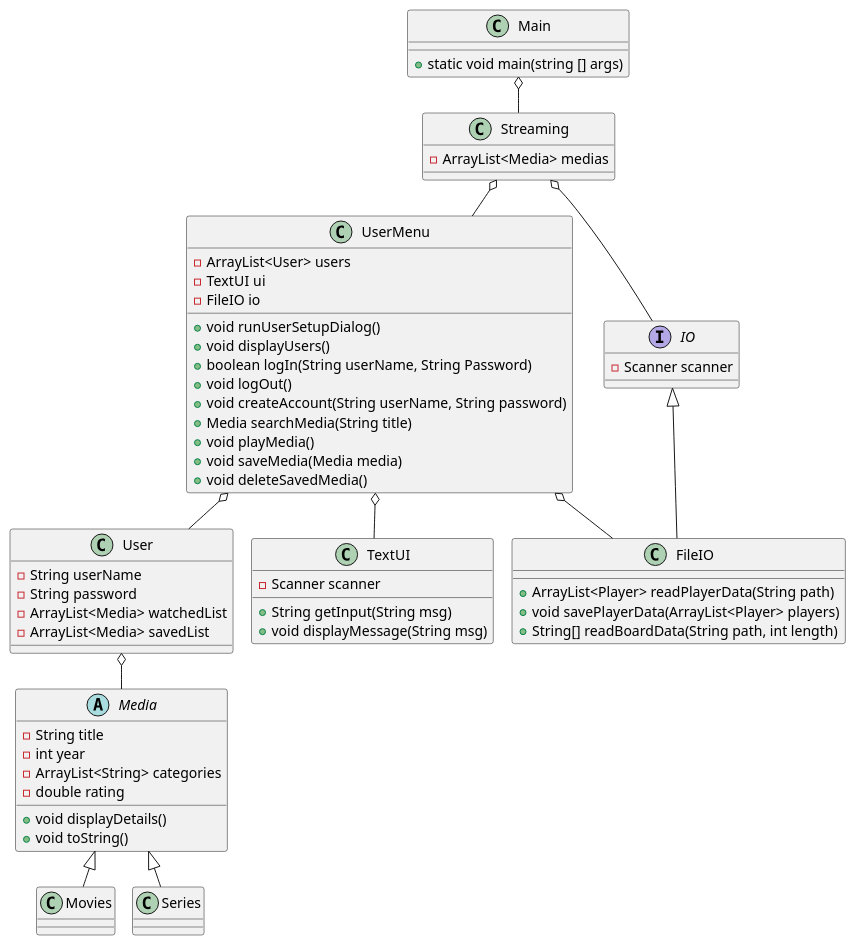
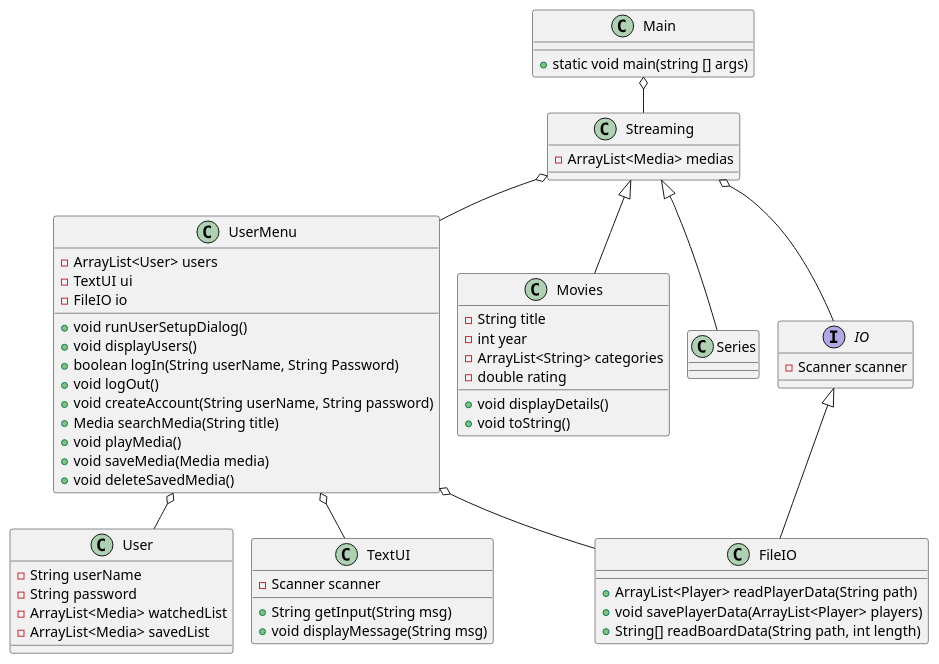
One commit to Zeudiac/SP3 changed the diagram in SP3/doc/ClassDiagram.puml. Above: the diagram before and after it, drawn with PlantUML. The commit also changed 9 other files, not shown here.

```diff
--- a/SP3/doc/ClassDiagram.puml
+++ b/SP3/doc/ClassDiagram.puml
@@ -1,85 +1,84 @@
 @startuml
 !pragma layout smetana
 
 class UserMenu
-abstract class Media
 class Movies
 class Series
 class User
 class Main
 class FileIO
 class TextUI
 class Streaming
 Interface IO
 
 Main o-- Streaming
 Streaming o-- UserMenu
 UserMenu o-- User
 
 UserMenu o-- TextUI
 Streaming o-- IO
 IO <|-- FileIO
 UserMenu o-- FileIO
 
-User o-- Media
 
-Media <|-- Movies
-Media <|-- Series
+
+Streaming <|-- Movies
+Streaming <|-- Series
 
 class Streaming{
   - ArrayList<Media> medias
 }
 
 Interface IO{
 - Scanner scanner
 }
 
 class Main{
   + static void main(string [] args)
 }
 
 class TextUI{
   + String getInput(String msg)
   - Scanner scanner
   + void displayMessage(String msg)
 }
 
 class FileIO{
   + ArrayList<Player> readPlayerData(String path)
   + void savePlayerData(ArrayList<Player> players)
   + String[] readBoardData(String path, int length)
 }
 
 class UserMenu{
   - ArrayList<User> users
   - TextUI ui
   - FileIO io
   + void runUserSetupDialog()
   + void displayUsers()
   + boolean logIn(String userName, String Password)
   + void logOut()
   + void createAccount(String userName, String password)
   + Media searchMedia(String title)
   + void playMedia()
   + void saveMedia(Media media)
   + void deleteSavedMedia()
 }
 
 class User {
   - String userName
   - String password
   - ArrayList<Media> watchedList
   - ArrayList<Media> savedList
 }
 
-abstract class Media {
+class Movies {
   - String title
   - int year
   - ArrayList<String> categories
   - double rating
   + void displayDetails()
   + void toString()
 }
 
 
 @enduml
```
